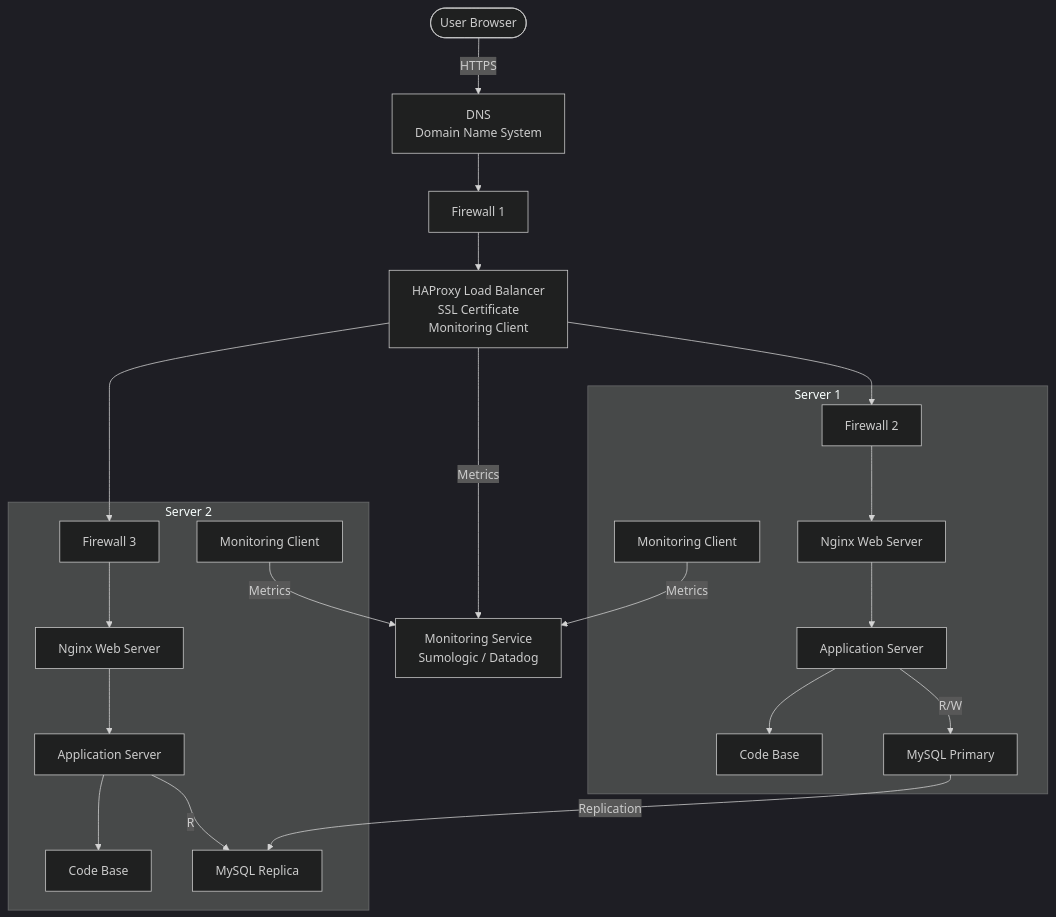
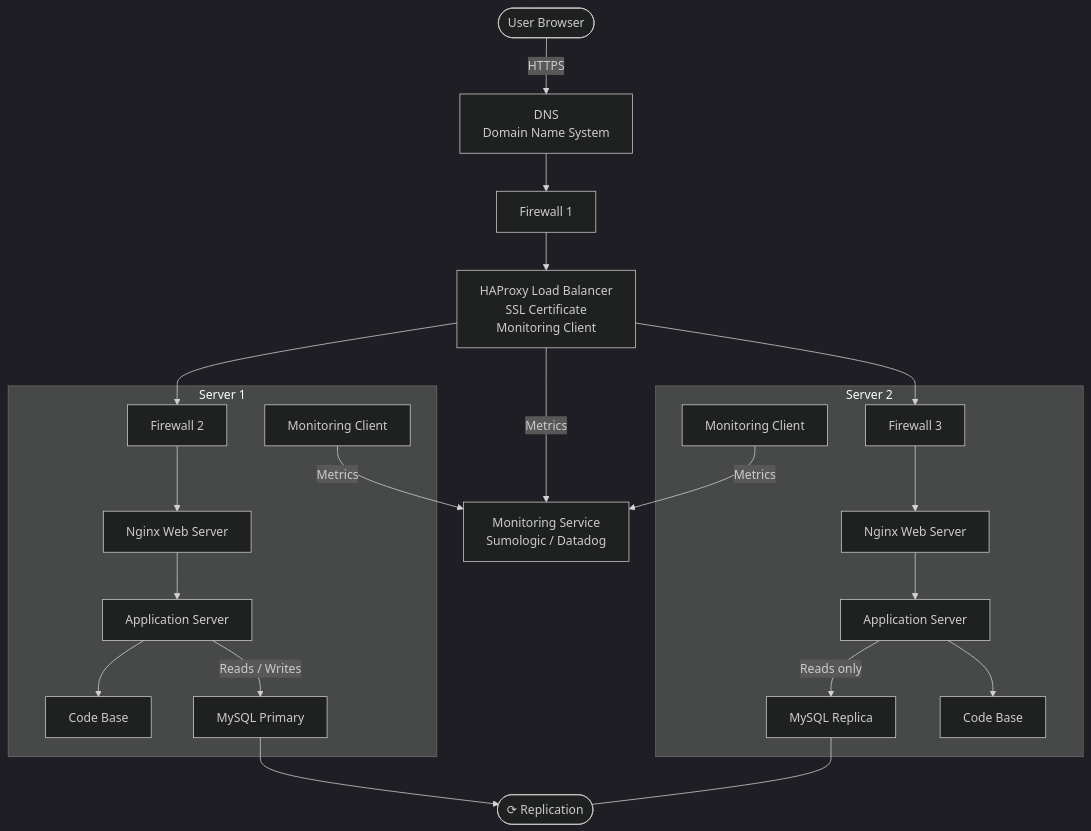
Before and after one commit to FelixBesancon/holbertonschool-system_engineering-devops: the diagram in web_infrastructure_design/2-secured_and_monitored_web_infrastructure.md, drawn with Mermaid (dark theme). The commit also changed other lines of this file, not shown here.

````diff
--- a/web_infrastructure_design/2-secured_and_monitored_web_infrastructure.md
+++ b/web_infrastructure_design/2-secured_and_monitored_web_infrastructure.md
@@ -3,37 +7,40 @@
 ```mermaid
 flowchart TD
     User(["User Browser"])
     DNS["DNS\nDomain Name System"]
     FW1["Firewall 1"]
     LB["HAProxy Load Balancer\nSSL Certificate\nMonitoring Client"]
     Monitor["Monitoring Service\nSumologic / Datadog"]
 
     subgraph Server1["Server 1"]
         FW2["Firewall 2"]
         WS1["Nginx Web Server"]
         AS1["Application Server"]
         AF1["Code Base"]
         DB1["MySQL Primary"]
         MC1["Monitoring Client"]
     end
 
     subgraph Server2["Server 2"]
         FW3["Firewall 3"]
         WS2["Nginx Web Server"]
         AS2["Application Server"]
+        DB2["MySQL Replica"]
         AF2["Code Base"]
-        DB2["MySQL Replica"]
         MC2["Monitoring Client"]
     end
+
+    Replica(["⟳ Replication"])
 
     User -->|"HTTPS"| DNS
     DNS --> FW1 --> LB
     LB --> FW2 --> WS1 --> AS1 --> AF1
-    AS1 -->|"R/W"| DB1
+    AS1 -->|"Reads / Writes"| DB1
     LB --> FW3 --> WS2 --> AS2 --> AF2
-    AS2 -->|"R"| DB2
-    DB1 -->|"Replication"| DB2
+    AS2 -->|"Reads only"| DB2
+    DB1 --> Replica
+    DB2 --- Replica
     LB -->|"Metrics"| Monitor
     MC1 -->|"Metrics"| Monitor
     MC2 -->|"Metrics"| Monitor
 ```
````
